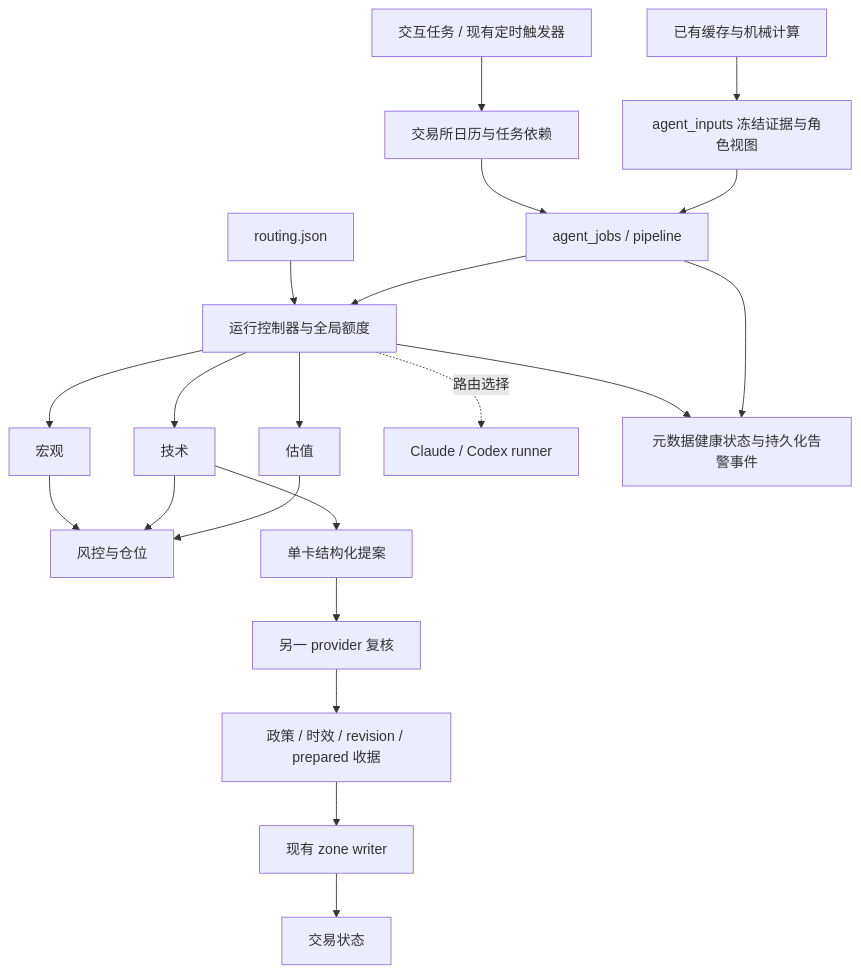
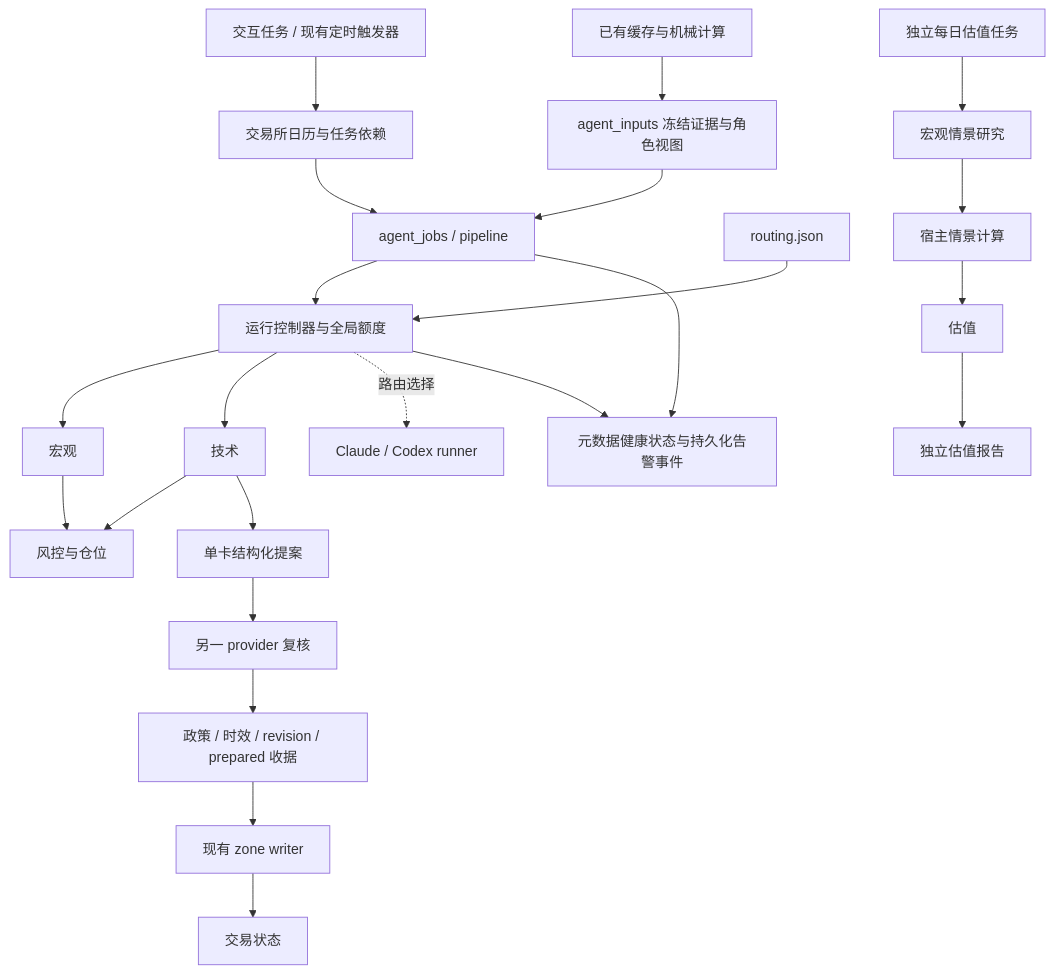
The diagram in agents/README.md (Coreychen4444/coreytrading), drawn with Mermaid before and after one commit. The commit also changed other lines of this file and 166 other files, not shown here.

````diff
--- a/agents/README.md
+++ b/agents/README.md
@@ -7,23 +9,25 @@
 ```mermaid
 flowchart TD
     Trigger[交互任务 / 现有定时触发器] --> Due[交易所日历与任务依赖]
     Due --> Jobs[agent_jobs / pipeline]
     Cache[已有缓存与机械计算] --> Inputs[agent_inputs 冻结证据与角色视图]
     Inputs --> Jobs
     Routes[routing.json] --> Host[运行控制器与全局额度]
     Jobs --> Host
     Host --> Macro[宏观]
     Host --> Technical[技术]
-    Host --> Valuation[估值]
+    Daily[独立每日估值任务] --> VMacro[宏观情景研究]
+    VMacro --> Calculation[宿主情景计算]
+    Calculation --> Valuation[估值]
+    Valuation --> VReport[独立估值报告]
     Macro --> Risk[风控与仓位]
     Technical --> Risk
-    Valuation --> Risk
     Technical --> Proposal[单卡结构化提案]
     Proposal --> Review[另一 provider 复核]
     Review --> Submit[政策 / 时效 / revision / prepared 收据]
     Submit --> Writer[现有 zone writer]
     Writer --> State[交易状态]
     Host -. 路由选择 .-> Runners[Claude / Codex runner]
     Host --> Health[元数据健康状态与持久化告警事件]
     Jobs --> Health
 ```
````
